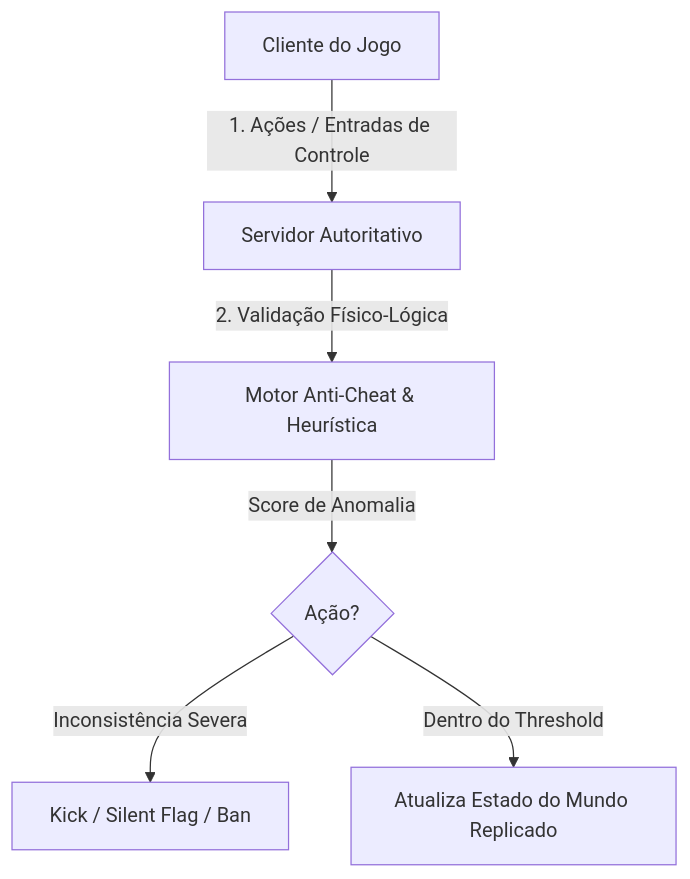
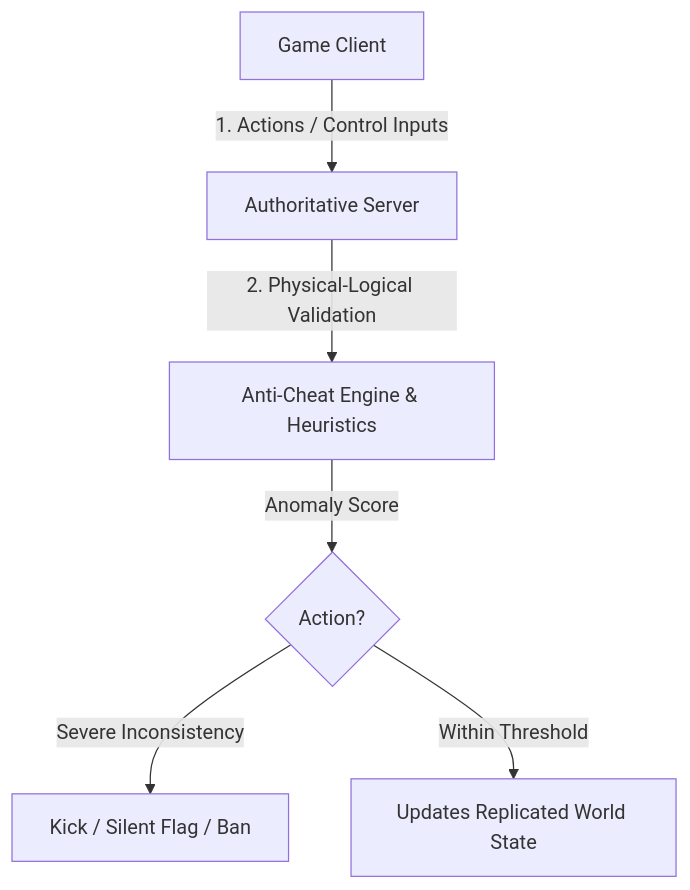
One commit to dandgabr/Coacus changed the diagram in knowledge/skills/security/platform/game-engine-security/SKILL.md. Above: the diagram before and after it, drawn with Mermaid. The commit also changed other lines of this file and 143 other files, not shown here.

````diff
--- a/knowledge/skills/security/platform/game-engine-security/SKILL.md
+++ b/knowledge/skills/security/platform/game-engine-security/SKILL.md
@@ -95,8 +95,8 @@
 ```mermaid
 graph TD
-    Client[Cliente do Jogo] -->|1. Ações / Entradas de Controle| Server[Servidor Autoritativo]
-    Server -->|2. Validação Físico-Lógica| AntiCheatEngine[Motor Anti-Cheat & Heurística]
-    AntiCheatEngine -->|Score de Anomalia| DecisionEngine{Ação?}
-    DecisionEngine -->|Inconsistência Severa| KickBan[Kick / Silent Flag / Ban]
-    DecisionEngine -->|Dentro do Threshold| WorldState[Atualiza Estado do Mundo Replicado]
+    Client[Game Client] -->|1. Actions / Control Inputs| Server[Authoritative Server]
+    Server -->|2. Physical-Logical Validation| AntiCheatEngine[Anti-Cheat Engine & Heuristics]
+    AntiCheatEngine -->|Anomaly Score| DecisionEngine{Action?}
+    DecisionEngine -->|Severe Inconsistency| KickBan[Kick / Silent Flag / Ban]
+    DecisionEngine -->|Within Threshold| WorldState[Updates Replicated World State]
 ```
````
